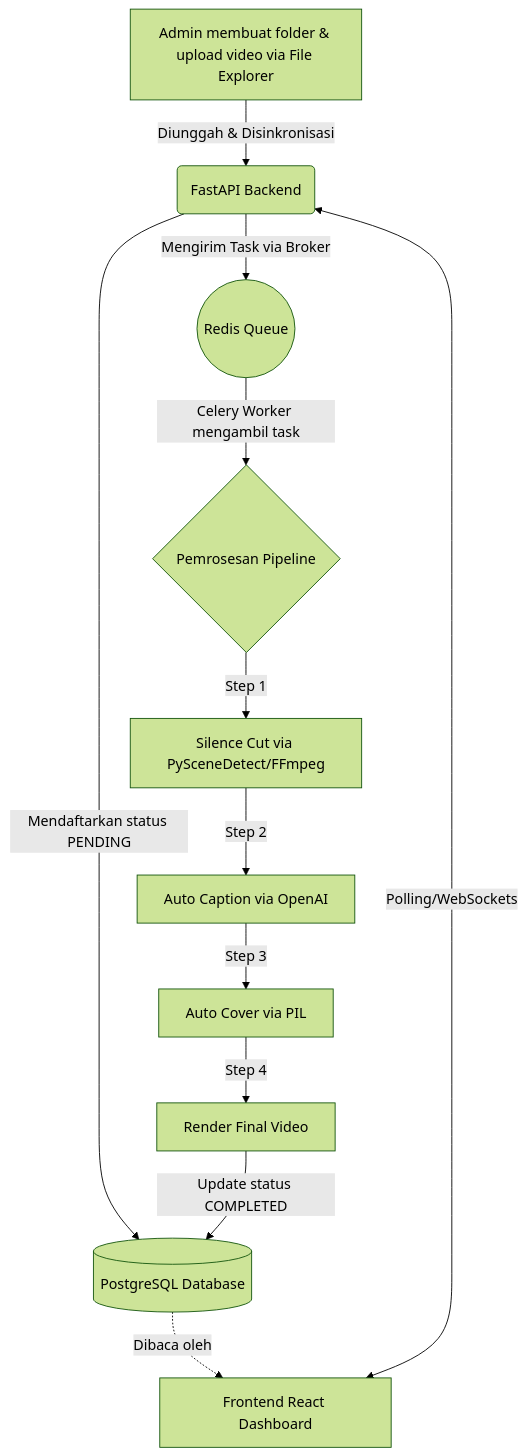
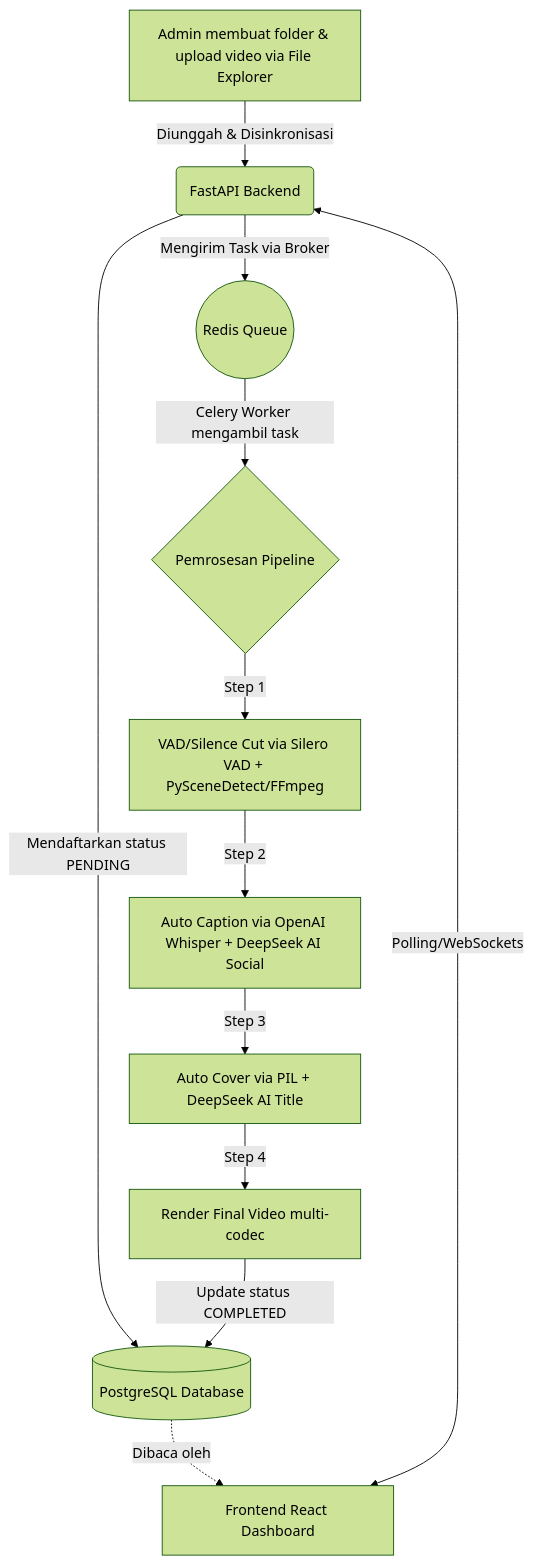
Before and after one commit to Muhira007/vidflow-studio: the diagram in PROGRESS.md, drawn with Mermaid (forest theme). The commit also changed other lines of this file and 24 other files, not shown here.

First line of the commit message:
feat: AI pipeline — VAD speech detection, DeepSeek social caption, AI cover titles

````diff
--- a/PROGRESS.md
+++ b/PROGRESS.md
@@ -46,17 +56,17 @@
 ```mermaid
 graph TD
     A[Admin membuat folder & upload video via File Explorer] -->|Diunggah & Disinkronisasi| B(FastAPI Backend)
     B -->|Mendaftarkan status PENDING| C[(PostgreSQL Database)]
     B -->|Mengirim Task via Broker| D((Redis Queue))
     D -->|Celery Worker mengambil task| E{Pemrosesan Pipeline}
     
-    E -->|Step 1| F[Silence Cut via PySceneDetect/FFmpeg]
-    F -->|Step 2| G[Auto Caption via OpenAI]
-    G -->|Step 3| H[Auto Cover via PIL]
-    H -->|Step 4| I[Render Final Video]
+    E -->|Step 1| F[VAD/Silence Cut via Silero VAD + PySceneDetect/FFmpeg]
+    F -->|Step 2| G[Auto Caption via OpenAI Whisper + DeepSeek AI Social]
+    G -->|Step 3| H[Auto Cover via PIL + DeepSeek AI Title]
+    H -->|Step 4| I[Render Final Video multi-codec]
     
     I -->|Update status COMPLETED| C
     
     J[Frontend React Dashboard] <-->|Polling/WebSockets| B
     C -.->|Dibaca oleh| J
 ```
````
